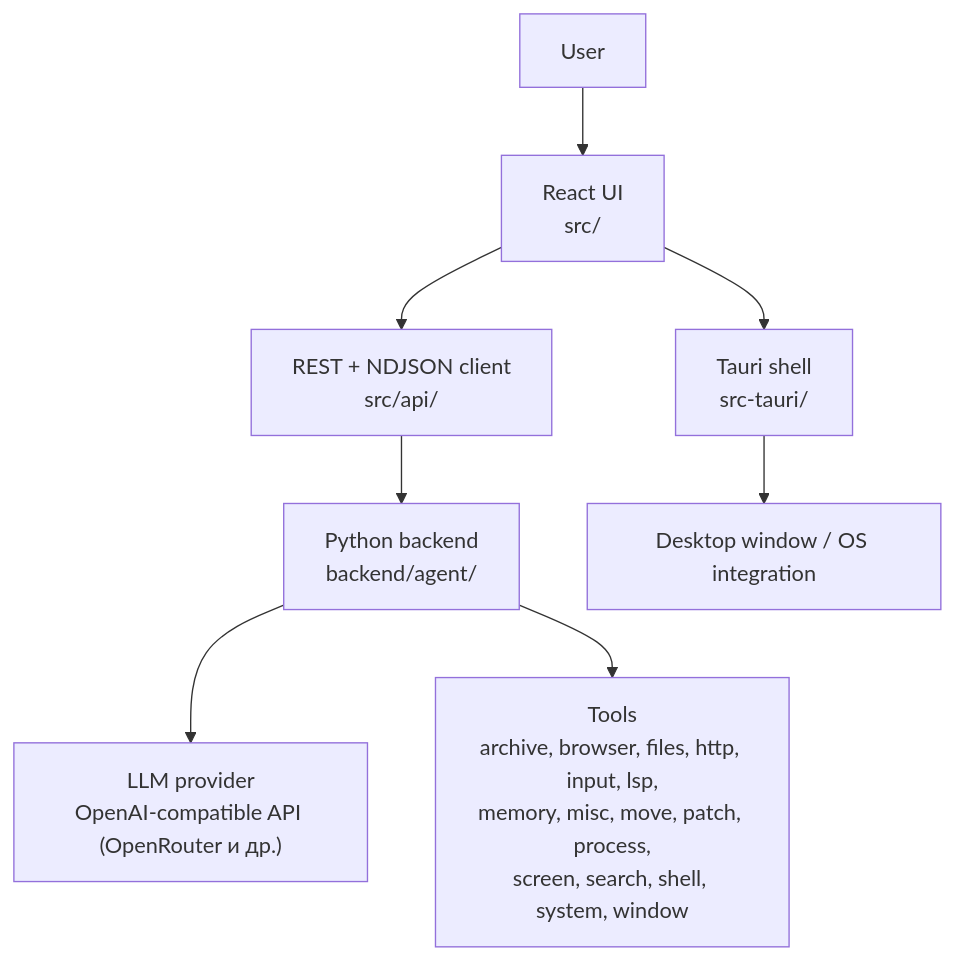
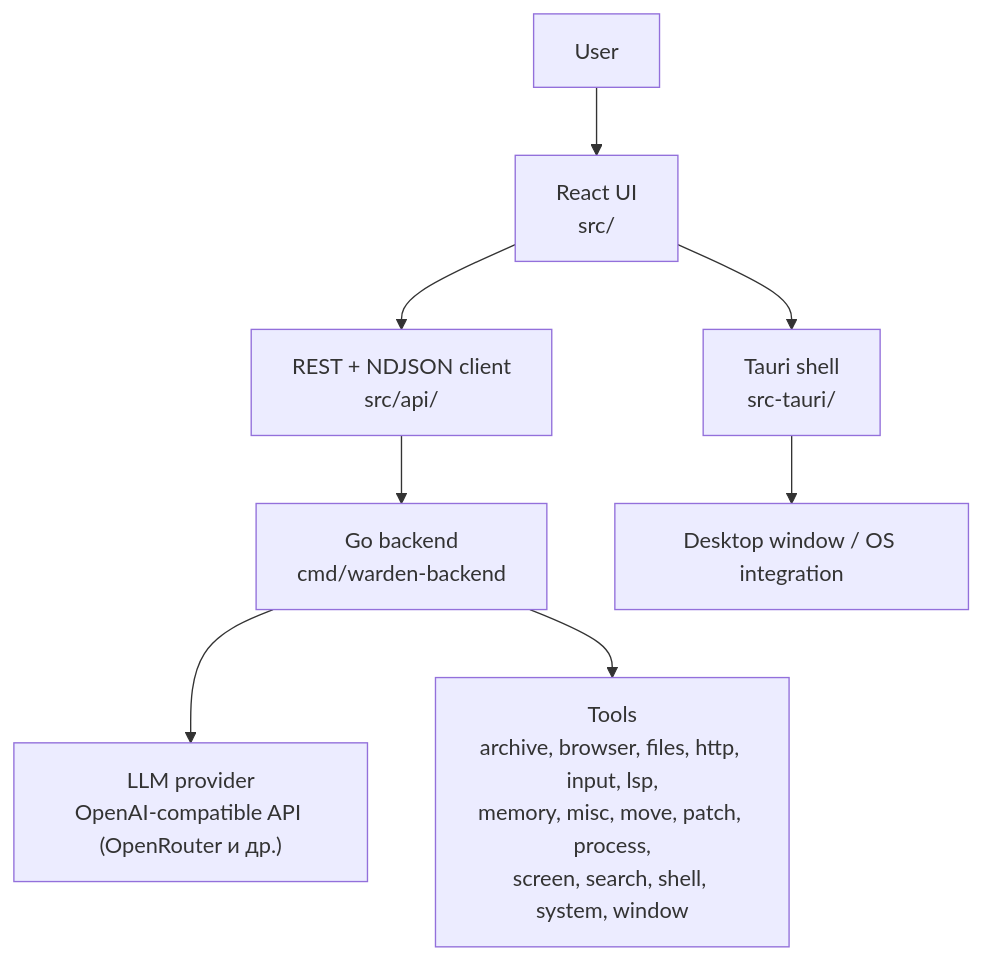
The first of 2 diagrams in docs/architecture.md (elev1e1nSure/warden-desktop), drawn with Mermaid before and after one commit. The commit also changed other lines of this file and 8 other files, not shown here.

First line of the commit message:
feat(timeline): remove branch dots/nubs, add gradient fade to all tree lines

````diff
--- a/docs/architecture.md
+++ b/docs/architecture.md
@@ -5,10 +5,10 @@
 ```mermaid
 flowchart TD
   User["User"] --> UI["React UI<br/>src/"]
   UI --> API["REST + NDJSON client<br/>src/api/"]
-  API --> Backend["Python backend<br/>backend/agent/"]
+  API --> Backend["Go backend<br/>cmd/warden-backend"]
   Backend --> LLM["LLM provider<br/>OpenAI-compatible API (OpenRouter и др.)"]
   Backend --> Tools["Tools<br/>archive, browser, files, http, input, lsp,<br/>memory, misc, move, patch, process,<br/>screen, search, shell, system, window"]
   UI --> Tauri["Tauri shell<br/>src-tauri/"]
   Tauri --> OS["Desktop window / OS integration"]
 ```
````
